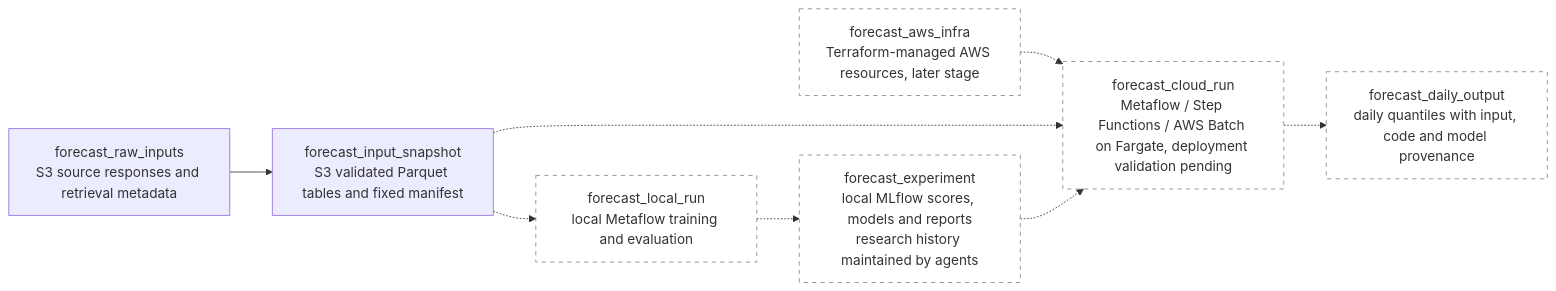
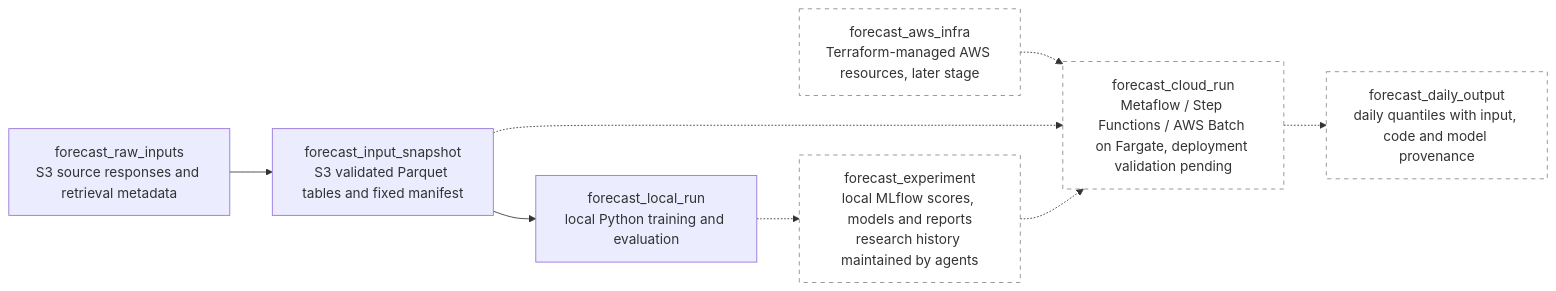
Before and after one commit to zoltanmaric/coppersushi: the diagram in wiki/price-forecasting.md, drawn with Mermaid. The commit also changed other lines of this file and 11 other files, not shown here.

````diff
--- a/wiki/price-forecasting.md
+++ b/wiki/price-forecasting.md
@@ -19,22 +17,22 @@
 ```mermaid
 flowchart LR
     classDef planned stroke-dasharray: 5 5,stroke:#888,fill:none
 
     forecast_raw_inputs["forecast_raw_inputs<br/>S3 source responses and retrieval metadata"]
     forecast_input_snapshot["forecast_input_snapshot<br/>S3 validated Parquet tables and fixed manifest"]
-    forecast_local_run["forecast_local_run<br/>local Metaflow training and evaluation"]:::planned
+    forecast_local_run["forecast_local_run<br/>local Python training and evaluation"]
     forecast_experiment["forecast_experiment<br/>local MLflow scores, models and reports<br/>research history maintained by agents"]:::planned
 
     forecast_raw_inputs --> forecast_input_snapshot
-    forecast_input_snapshot -.-> forecast_local_run
+    forecast_input_snapshot --> forecast_local_run
     forecast_local_run -.-> forecast_experiment
 
     forecast_aws_infra["forecast_aws_infra<br/>Terraform-managed AWS resources, later stage"]:::planned
     forecast_cloud_run["forecast_cloud_run<br/>Metaflow / Step Functions / AWS Batch on Fargate, deployment validation pending"]:::planned
     forecast_daily_output["forecast_daily_output<br/>daily quantiles with input, code and model provenance"]:::planned
 
     forecast_aws_infra -.-> forecast_cloud_run
     forecast_input_snapshot -.-> forecast_cloud_run
     forecast_experiment -.-> forecast_cloud_run
     forecast_cloud_run -.-> forecast_daily_output
 ```
````
